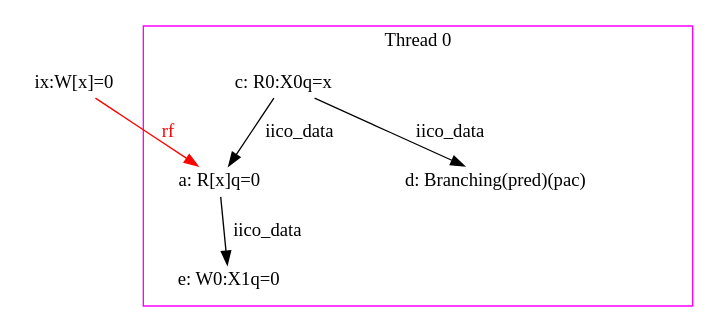
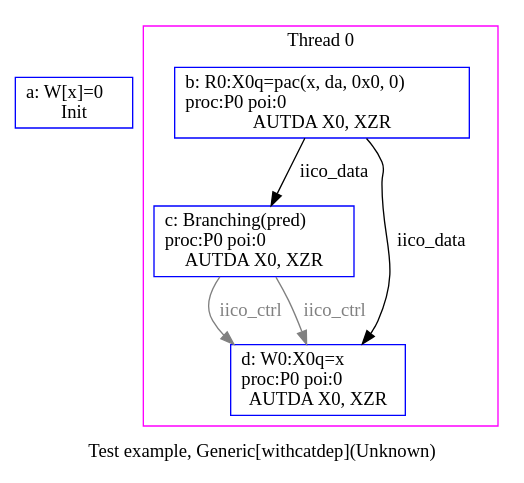
One commit to herd/herdtools7 changed the diagram in pac_tests/build/example8.dot. Above: the diagram before and after it, drawn with Graphviz. The commit also changed 12 other files, not shown here.

```diff
--- a/pac_tests/build/example8.dot
+++ b/pac_tests/build/example8.dot
@@ -1,30 +1,32 @@
 digraph G {
 
 
+/* legend */
+label="Test example, Generic[withcatdep](Unknown)";
+
 
 /* init events */
-eiid1 [label="ix:W[x]=0", shape="none", fixedsize="false", height="0.194444", width="1.166667"];
+eiid0 [label="a: W[x]=0\lInit", shape="box", color="blue"];
 
 /* the unlocked events */
 subgraph cluster_proc0 { rank=sink; label = "Thread 0"; color=magenta; shape=box;
-eiid0 [label="a: R[x]q=0", shape="none", fixedsize="false", height="0.194444", width="1.361111"];
-eiid2 [label="c: R0:X0q=x", shape="none", fixedsize="false", height="0.194444", width="1.555556"];
-eiid3 [label="d: Branching(pred)(pac)", shape="none", fixedsize="false", height="0.194444", width="3.888889"];
-eiid4 [label="e: W0:X1q=0", shape="none", fixedsize="false", height="0.194444", width="1.555556"];
+eiid1 [label="b: R0:X0q=pac(x, da, 0x0, 0)\lproc:P0 poi:0\lAUTDA X0, XZR", shape="box", color="blue"];
+eiid2 [label="c: Branching(pred)\lproc:P0 poi:0\lAUTDA X0, XZR", shape="box", color="blue"];
+eiid3 [label="d: W0:X0q=x\lproc:P0 poi:0\lAUTDA X0, XZR", shape="box", color="blue"];
 }
 
 /* the intra_causality_data edges */
 
-eiid0 -> eiid4 [label="iico_data", color="black", fontcolor="black"];
-eiid2 -> eiid0 [label="iico_data", color="black", fontcolor="black"];
-eiid2 -> eiid3 [label="iico_data", color="black", fontcolor="black"];
+eiid1 -> eiid2 [label="iico_data", color="black", fontcolor="black"];
+eiid1 -> eiid3 [label="iico_data", color="black", fontcolor="black"];
 
 /* the intra_causality_control edges */
+eiid2 -> eiid3 [label="iico_ctrl", color="grey", fontcolor="grey"];
 
 /* the poi edges */
 /* the rfmap edges */
 
 
 /* The viewed-before edges */
-eiid1 -> eiid0 [label="rf", color="red", fontcolor="red"];
+eiid2 -> eiid3 [label="iico_ctrl", color="grey", fontcolor="grey"];
 }
```
